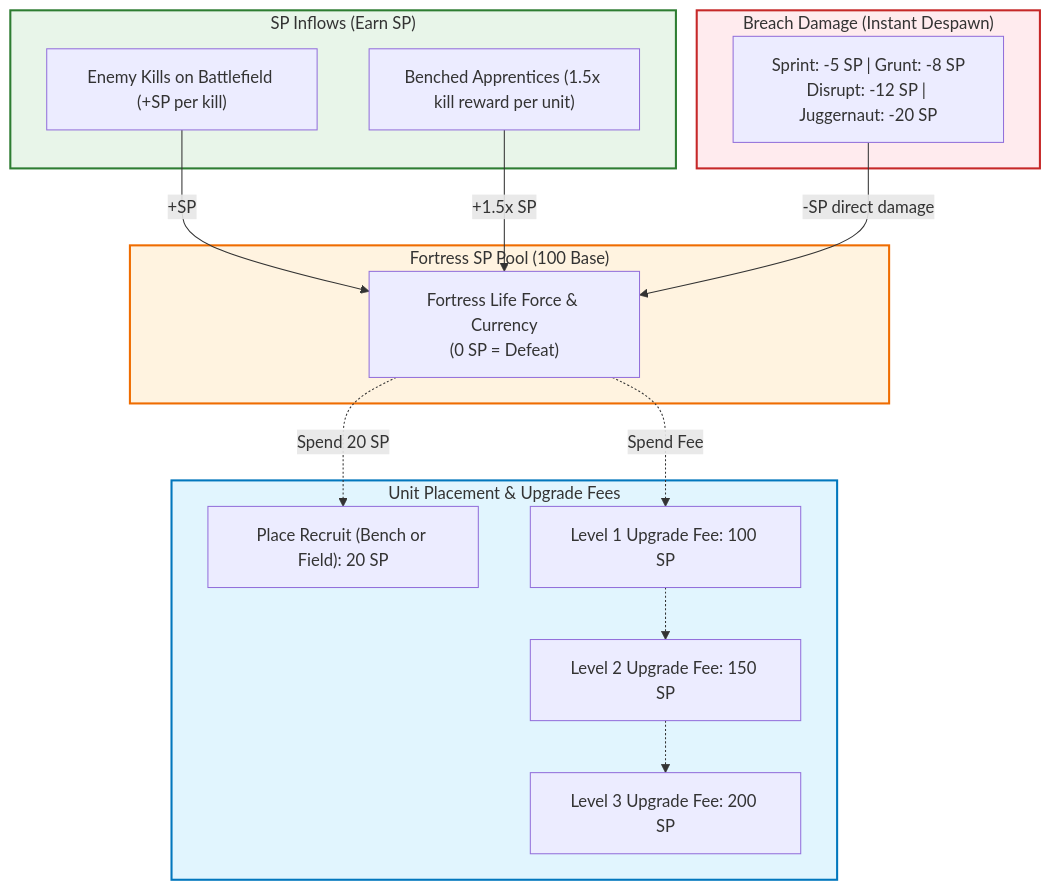
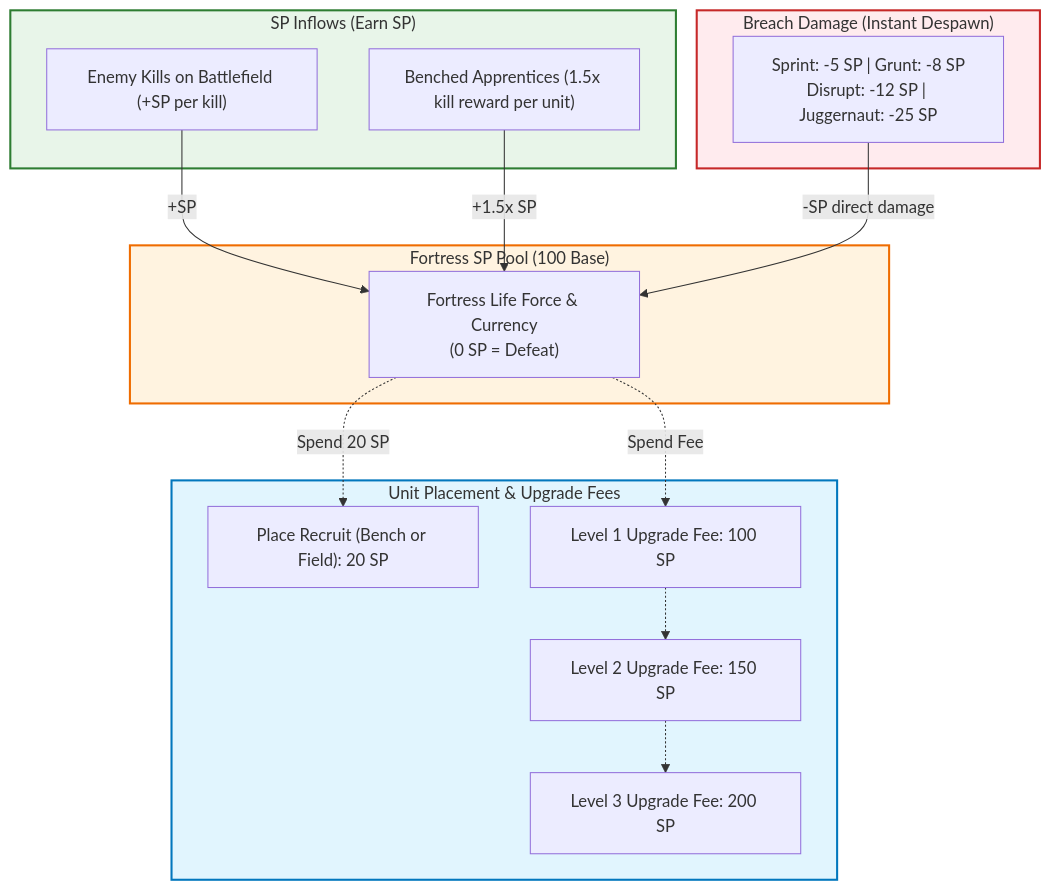
Before and after one commit to DefaultAdam/Wizard-Tower-Defence: the second of 2 diagrams in Implementation Plan.md, drawn with Mermaid. The commit also changed other lines of this file and 2 other files, not shown here.

````diff
--- a/Implementation Plan.md
+++ b/Implementation Plan.md
@@ -51,35 +65,35 @@
 ```mermaid
 flowchart TD
     subgraph Inflows ["SP Inflows (Earn SP)"]
         Kills["Enemy Kills on Battlefield (+SP per kill)"]
         Bench["Benched Apprentices (1.5x kill reward per unit)"]
     end
 
     subgraph Pool ["Fortress SP Pool (100 Base)"]
         Fortress["Fortress Life Force & Currency\n(0 SP = Defeat)"]
     end
 
     subgraph Outflows ["Unit Placement & Upgrade Fees"]
         Hire["Place Recruit (Bench or Field): 20 SP"]
         Fee1["Level 1 Upgrade Fee: 100 SP"]
         Fee2["Level 2 Upgrade Fee: 150 SP"]
         Fee3["Level 3 Upgrade Fee: 200 SP"]
     end
 
     subgraph Breaches ["Breach Damage (Instant Despawn)"]
-        BreachDrain["Sprint: -5 SP | Grunt: -8 SP\nDisrupt: -12 SP | Juggernaut: -20 SP"]
+        BreachDrain["Sprint: -5 SP | Grunt: -8 SP\nDisrupt: -12 SP | Juggernaut: -25 SP"]
     end
 
     Kills -->|"+SP"| Fortress
     Bench -->|"+1.5x SP"| Fortress
     Fortress -.->|"Spend 20 SP"| Hire
     Fortress -.->|"Spend Fee"| Fee1
     Fee1 -.-> Fee2
     Fee2 -.-> Fee3
     BreachDrain -->|"-SP direct damage"| Fortress
 
     style Pool fill:#fff3e0,stroke:#ef6c00,stroke-width:2px
     style Inflows fill:#e8f5e9,stroke:#2e7d32,stroke-width:2px
     style Outflows fill:#e1f5fe,stroke:#0277bd,stroke-width:2px
     style Breaches fill:#ffebee,stroke:#c62828,stroke-width:2px
 ```
````
